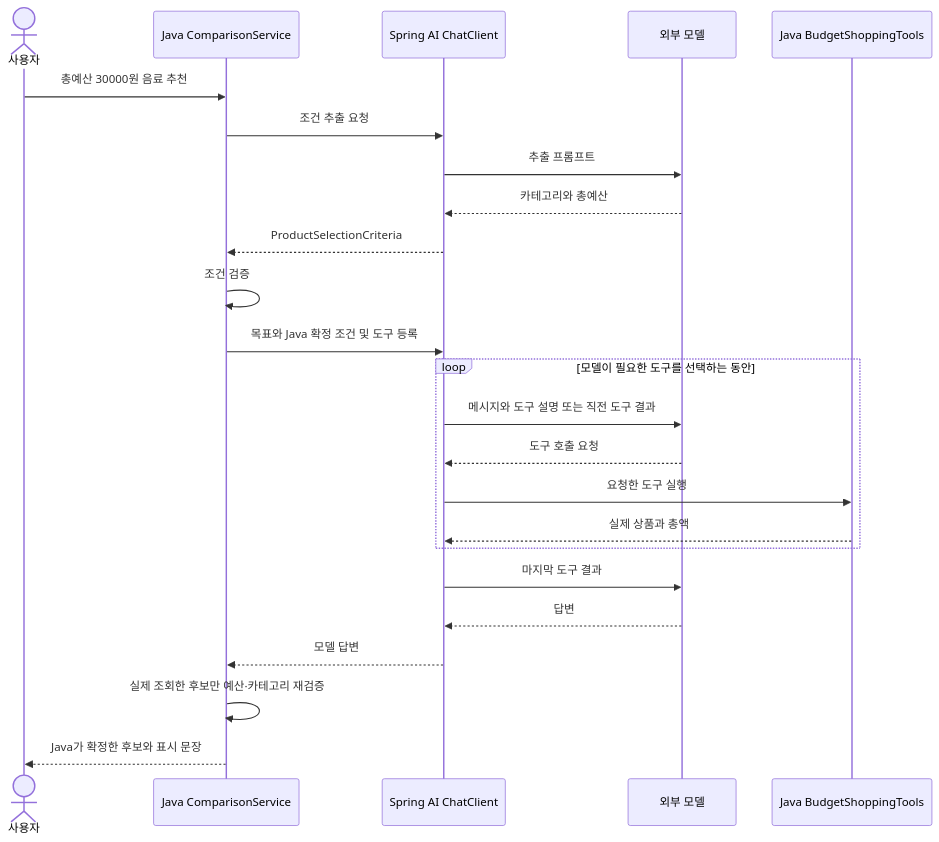
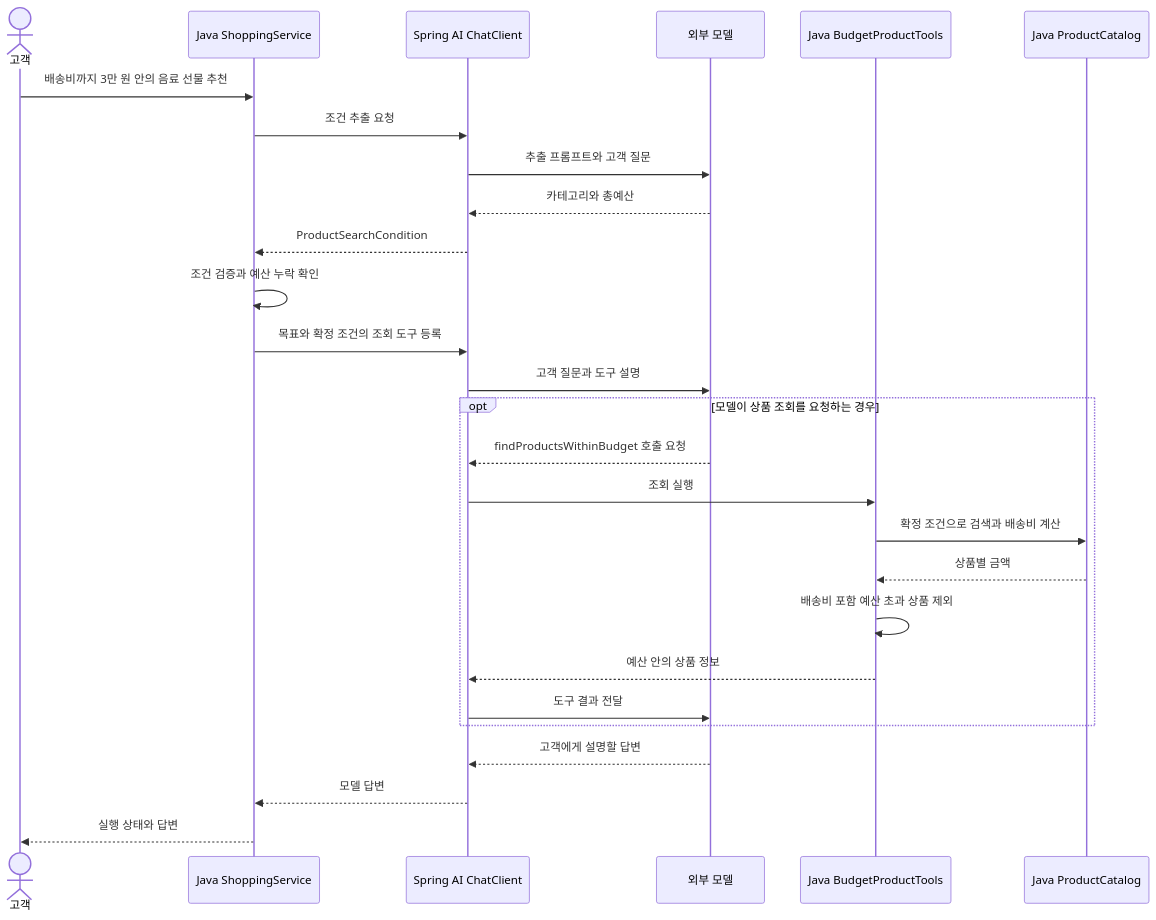
Before and after one commit to Justin-ad-Park/SpringShoppingAI: the diagram in Spring-AI-Agent-Learning/docs/lessons/06-workflow-agent/03-hybrid.md, drawn with Mermaid. The commit also changed other lines of this file and 22 other files, not shown here.

````diff
--- a/Spring-AI-Agent-Learning/docs/lessons/06-workflow-agent/03-hybrid.md
+++ b/Spring-AI-Agent-Learning/docs/lessons/06-workflow-agent/03-hybrid.md
@@ -11,26 +15,29 @@
 ```mermaid
 sequenceDiagram
-    actor User as 사용자
-    participant App as Java ComparisonService
+    actor User as 고객
+    participant App as Java ShoppingService
     participant AI as Spring AI ChatClient
     participant Model as 외부 모델
-    participant Tool as Java BudgetShoppingTools
-    User->>App: 총예산 30000원 음료 추천
+    participant Tool as Java BudgetProductTools
+    participant Catalog as Java ProductCatalog
+    User->>App: 배송비까지 3만 원 안의 음료 선물 추천
     App->>AI: 조건 추출 요청
-    AI->>Model: 추출 프롬프트
+    AI->>Model: 추출 프롬프트와 고객 질문
     Model-->>AI: 카테고리와 총예산
-    AI-->>App: ProductSelectionCriteria
-    App->>App: 조건 검증
-    App->>AI: 목표와 Java 확정 조건 및 도구 등록
-    loop 모델이 필요한 도구를 선택하는 동안
-        AI->>Model: 메시지와 도구 설명 또는 직전 도구 결과
-        Model-->>AI: 도구 호출 요청
-        AI->>Tool: 요청한 도구 실행
-        Tool-->>AI: 실제 상품과 총액
+    AI-->>App: ProductSearchCondition
+    App->>App: 조건 검증과 예산 누락 확인
+    App->>AI: 목표와 확정 조건의 조회 도구 등록
+    AI->>Model: 고객 질문과 도구 설명
+    opt 모델이 상품 조회를 요청하는 경우
+        Model-->>AI: findProductsWithinBudget 호출 요청
+        AI->>Tool: 조회 실행
+        Tool->>Catalog: 확정 조건으로 검색과 배송비 계산
+        Catalog-->>Tool: 상품별 금액
+        Tool->>Tool: 배송비 포함 예산 초과 상품 제외
+        Tool-->>AI: 예산 안의 상품 정보
+        AI->>Model: 도구 결과 전달
     end
-    AI->>Model: 마지막 도구 결과
-    Model-->>AI: 답변
+    Model-->>AI: 고객에게 설명할 답변
     AI-->>App: 모델 답변
-    App->>App: 실제 조회한 후보만 예산·카테고리 재검증
-    App-->>User: Java가 확정한 후보와 표시 문장
+    App-->>User: 실행 상태와 답변
 ```
````
